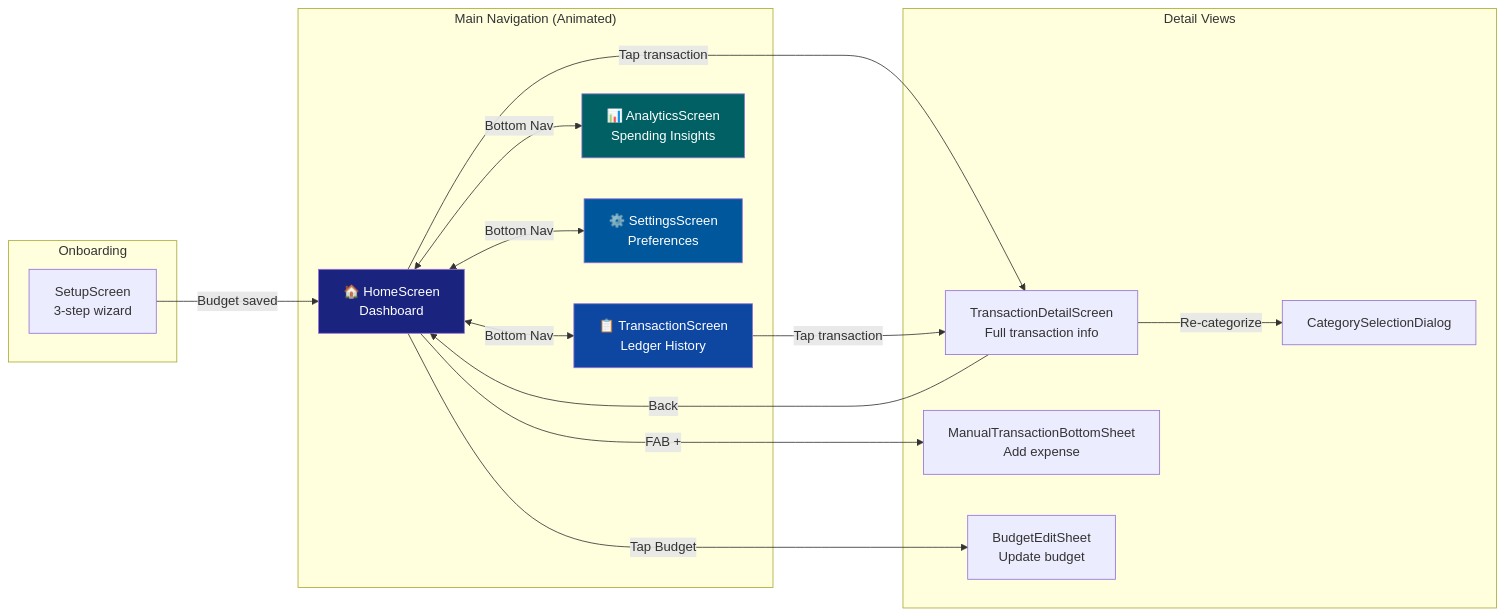
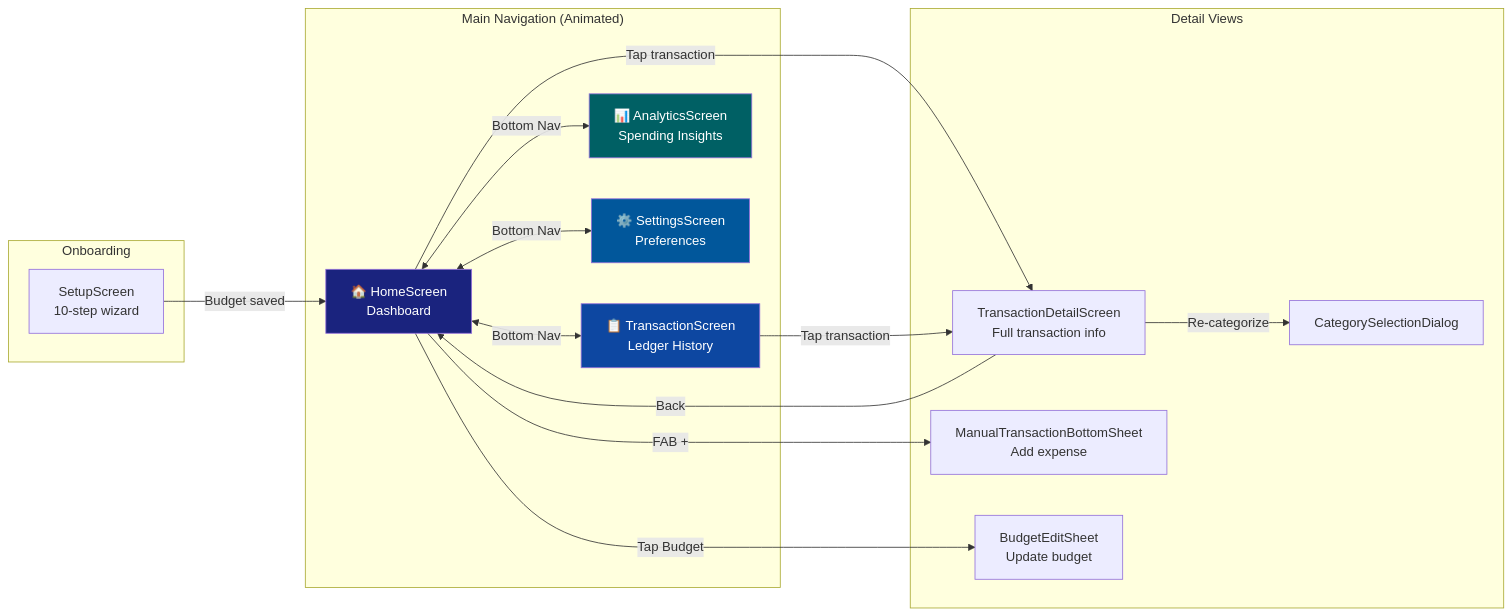
Before and after one commit to RahulGorai0206/expence-tracker: the fourth of 4 diagrams in README.md, drawn with Mermaid. The commit also changed other lines of this file and 1 other file, not shown here.

````diff
--- a/README.md
+++ b/README.md
@@ -330,36 +357,36 @@
 ```mermaid
 graph LR
     subgraph Onboarding
-        SETUP["SetupScreen<br/>3-step wizard"]
+        SETUP["SetupScreen<br/>10-step wizard"]
     end
 
     subgraph Main Nav ["Main Navigation (Animated)"]
         HOME["🏠 HomeScreen<br/>Dashboard"]
         HISTORY["📋 TransactionScreen<br/>Ledger History"]
         ANALYTICS["📊 AnalyticsScreen<br/>Spending Insights"]
         SETTINGS["⚙️ SettingsScreen<br/>Preferences"]
     end
 
     subgraph Detail ["Detail Views"]
         DETAIL["TransactionDetailScreen<br/>Full transaction info"]
         MANUAL["ManualTransactionBottomSheet<br/>Add expense"]
         BUDGET["BudgetEditSheet<br/>Update budget"]
         CAT_DIALOG["CategorySelectionDialog"]
     end
 
     SETUP -->|Budget saved| HOME
     HOME <-->|"Bottom Nav"| HISTORY
     HOME <-->|"Bottom Nav"| ANALYTICS
     HOME <-->|"Bottom Nav"| SETTINGS
     HOME -->|Tap transaction| DETAIL
     HOME -->|FAB +| MANUAL
     HOME -->|Tap Budget| BUDGET
     HISTORY -->|Tap transaction| DETAIL
     DETAIL -->|Re-categorize| CAT_DIALOG
     DETAIL -->|Back| HOME
 
     style HOME fill:#1A237E,color:#fff
     style HISTORY fill:#0D47A1,color:#fff
     style ANALYTICS fill:#006064,color:#fff
     style SETTINGS fill:#01579B,color:#fff
 ```
````
